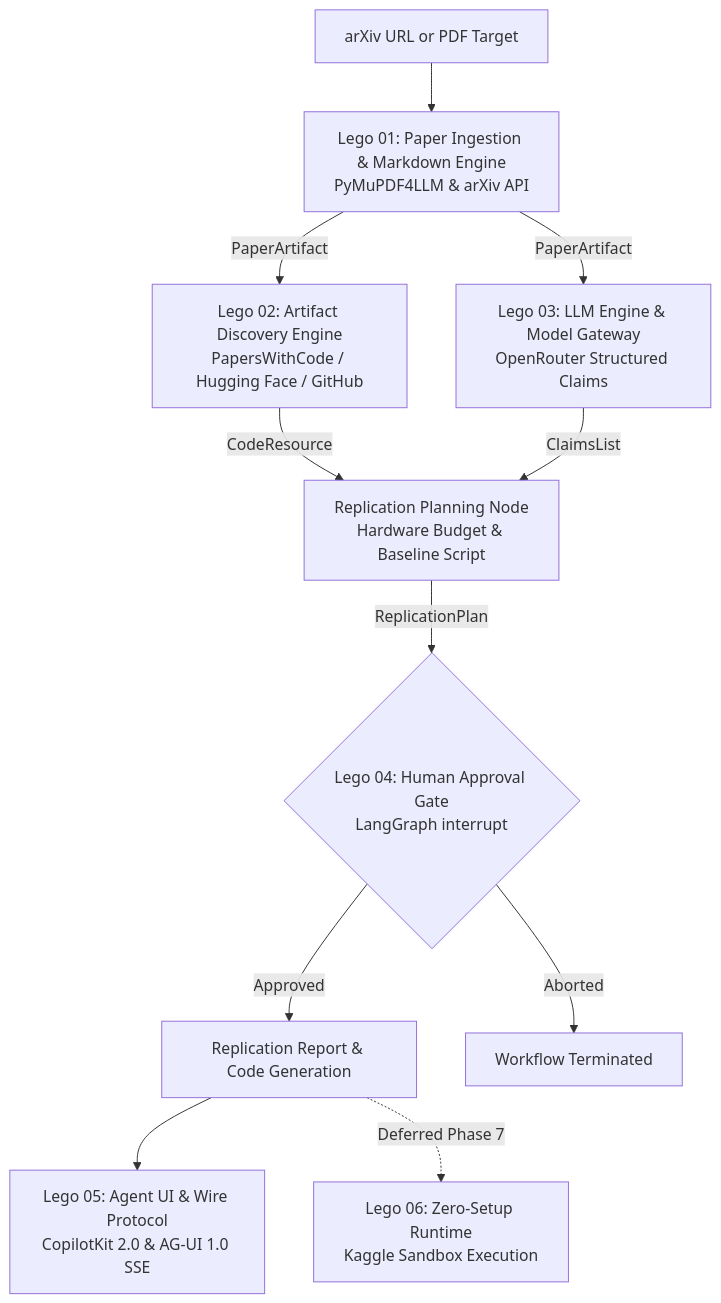
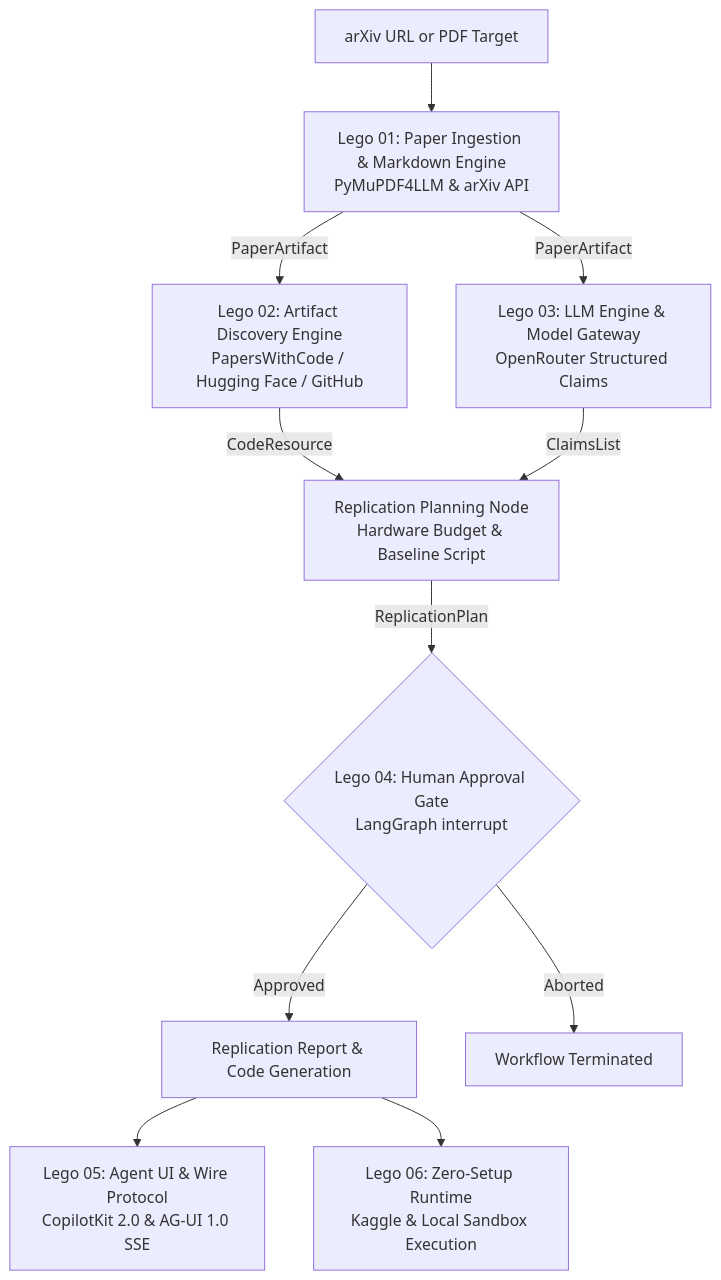
Before and after one commit to riri-05/zero-gaze: the diagram in README.md, drawn with Mermaid. The commit also changed other lines of this file and 3 other files, not shown here.

Commit message:
docs: synchronize all architecture blueprints and root readme with code

````diff
--- a/README.md
+++ b/README.md
@@ -16,13 +16,13 @@
 ```mermaid
 flowchart TD
     A[arXiv URL or PDF Target] --> B[Lego 01: Paper Ingestion & Markdown Engine<br/>PyMuPDF4LLM & arXiv API]
     B -->|PaperArtifact| C[Lego 02: Artifact Discovery Engine<br/>PapersWithCode / Hugging Face / GitHub]
     B -->|PaperArtifact| D[Lego 03: LLM Engine & Model Gateway<br/>OpenRouter Structured Claims]
     C -->|CodeResource| E[Replication Planning Node<br/>Hardware Budget & Baseline Script]
     D -->|ClaimsList| E
     E -->|ReplicationPlan| F{Lego 04: Human Approval Gate<br/>LangGraph interrupt}
     F -->|Approved| G[Replication Report & Code Generation]
     F -->|Aborted| H[Workflow Terminated]
     G --> I[Lego 05: Agent UI & Wire Protocol<br/>CopilotKit 2.0 & AG-UI 1.0 SSE]
-    G -.->|Deferred Phase 7| J[Lego 06: Zero-Setup Runtime<br/>Kaggle Sandbox Execution]
+    G --> J[Lego 06: Zero-Setup Runtime<br/>Kaggle & Local Sandbox Execution]
 ```
````
